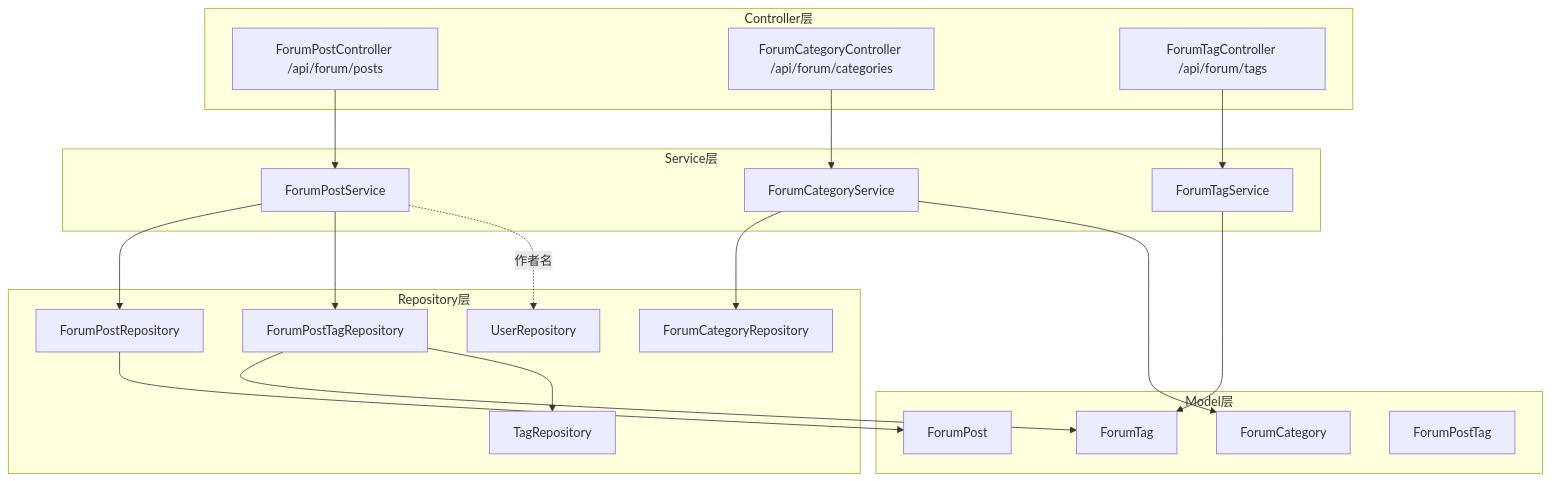
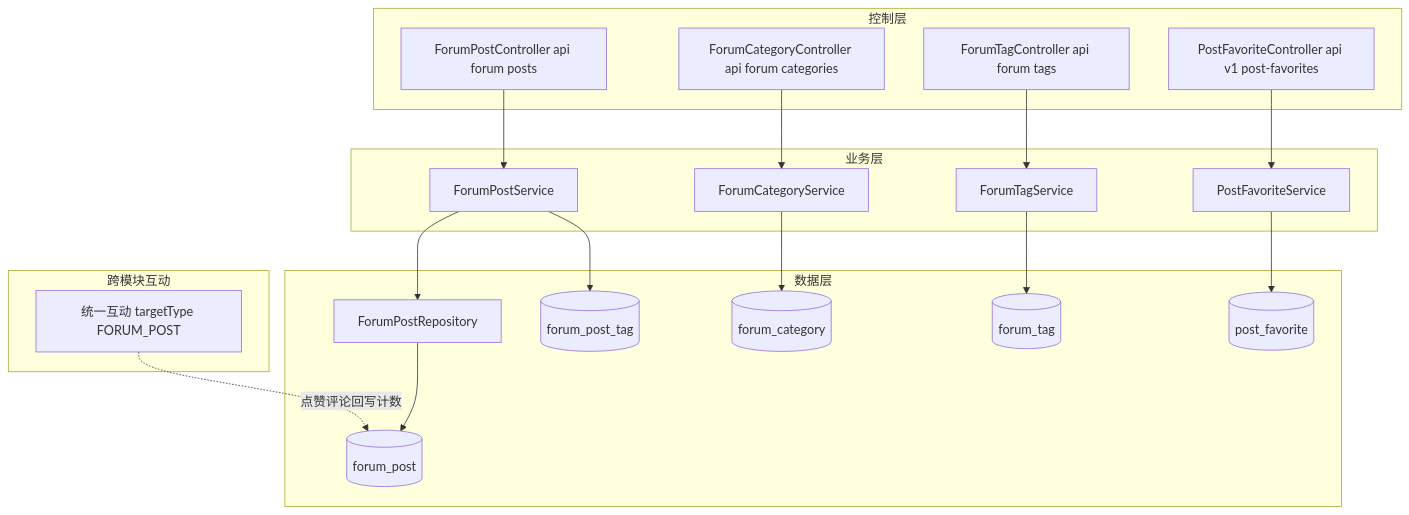
The first of 2 diagrams in repowiki/wiki/modules/论坛社区.md (mambo-wang/CodingHub), drawn with Mermaid before and after one commit. The commit also changed other lines of this file and 59 other files, not shown here.

````diff
--- a/repowiki/wiki/modules/论坛社区.md
+++ b/repowiki/wiki/modules/论坛社区.md
@@ -28,35 +19,37 @@
 ```mermaid
 graph TD
-    subgraph "Controller层"
-        FPC[ForumPostController /api/forum/posts]
-        FCC[ForumCategoryController /api/forum/categories]
-        FTC[ForumTagController /api/forum/tags]
+    subgraph "控制层"
+        PostCtl[ForumPostController api forum posts]
+        CatCtl[ForumCategoryController api forum categories]
+        TagCtl[ForumTagController api forum tags]
+        FavCtl[PostFavoriteController api v1 post-favorites]
     end
-    subgraph "Service层"
-        FPS[ForumPostService]
-        FCS[ForumCategoryService]
-        FTS[ForumTagService]
+    subgraph "业务层"
+        PostSvc[ForumPostService]
+        CatSvc[ForumCategoryService]
+        TagSvc[ForumTagService]
+        FavSvc[PostFavoriteService]
     end
-    subgraph "Repository层"
-        FPR[ForumPostRepository]
-        FCR[ForumCategoryRepository]
-        FPTR[ForumPostTagRepository]
-        TR[TagRepository]
-        UR[UserRepository]
+    subgraph "数据层"
+        PostRepo[ForumPostRepository]
+        PostTbl[(forum_post)]
+        CatTbl[(forum_category)]
+        TagTbl[(forum_tag)]
+        PTTbl[(forum_post_tag)]
+        FavTbl[(post_favorite)]
     end
-    subgraph "Model层"
-        FP[ForumPost]
-        FCAT[ForumCategory]
-        FT[ForumTag]
-        FPT[ForumPostTag]
+    subgraph "跨模块互动"
+        UIC[统一互动 targetType FORUM_POST]
     end
-    FPC --> FPS --> FPR
-    FCC --> FCS --> FCR
-    FTC --> FTS
-    FPS --> FPTR --> FT
-    FPTR --> TR
-    FPR --> FP
-    FCS --> FCAT
-    FTS --> FT
-    FPS -.作者名.-> UR
+    PostCtl --> PostSvc
+    CatCtl --> CatSvc
+    TagCtl --> TagSvc
+    FavCtl --> FavSvc
+    PostSvc --> PostRepo
+    PostRepo --> PostTbl
+    CatSvc --> CatTbl
+    TagSvc --> TagTbl
+    PostSvc --> PTTbl
+    FavSvc --> FavTbl
+    UIC -.->|点赞评论回写计数| PostTbl
 ```
````
